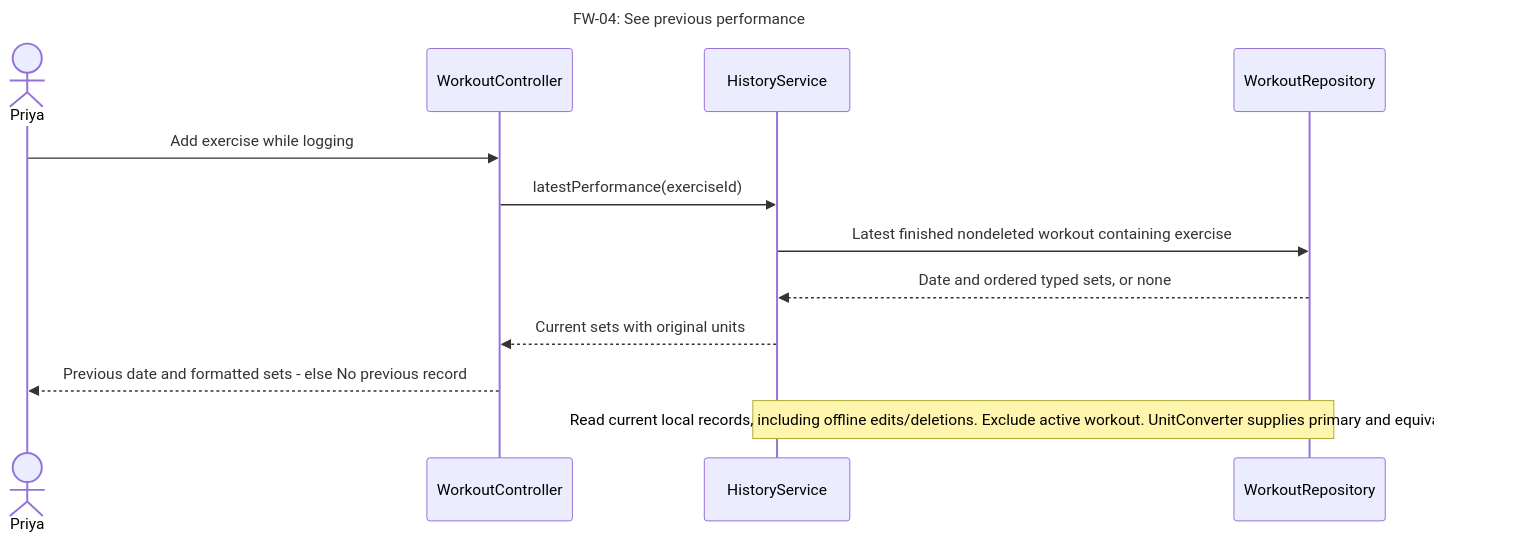
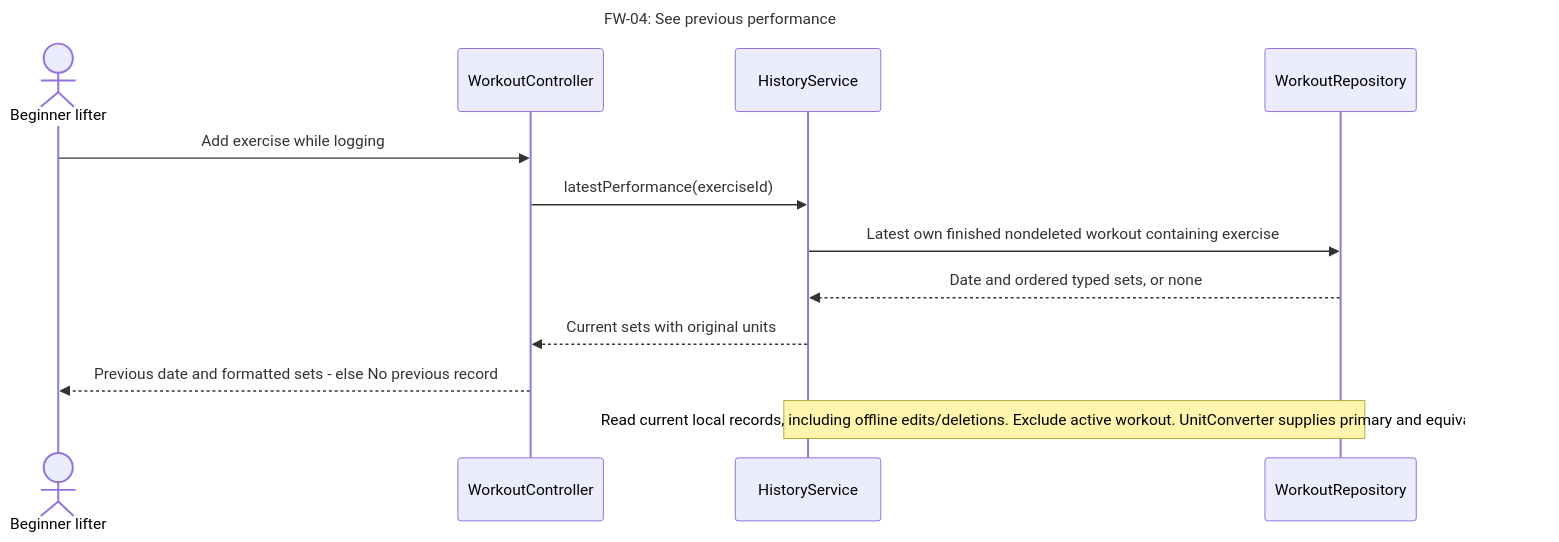
Diagram 15 of 42 in docs/part2/design/README.md (SebasLopez2005/SWEProject1), drawn with Mermaid before and after one commit. The commit also changed other lines of this file and 43 other files, not shown here.

Commit message:
Align fitness diagrams with revised professor-reviewed report

````diff
--- a/docs/part2/design/README.md
+++ b/docs/part2/design/README.md
@@ -1053,15 +1055,15 @@
 ```mermaid
 sequenceDiagram
     title FW-04: See previous performance
-    actor U as Priya
+    actor U as Beginner lifter
     participant C as WorkoutController
     participant S as HistoryService
     participant R as WorkoutRepository
     U->>C: Add exercise while logging
     C->>S: latestPerformance(exerciseId)
-    S->>R: Latest finished nondeleted workout containing exercise
+    S->>R: Latest own finished nondeleted workout containing exercise
     R-->>S: Date and ordered typed sets, or none
     S-->>C: Current sets with original units
     C-->>U: Previous date and formatted sets -  else No previous record
     Note over S,R: Read current local records, including offline edits/deletions. Exclude active workout. UnitConverter supplies primary and equivalent values.
 ```
````
